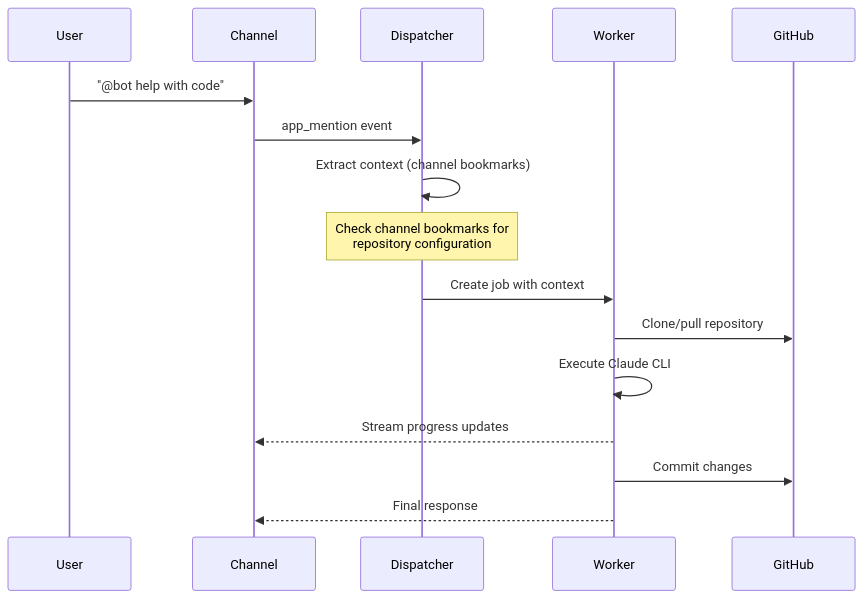
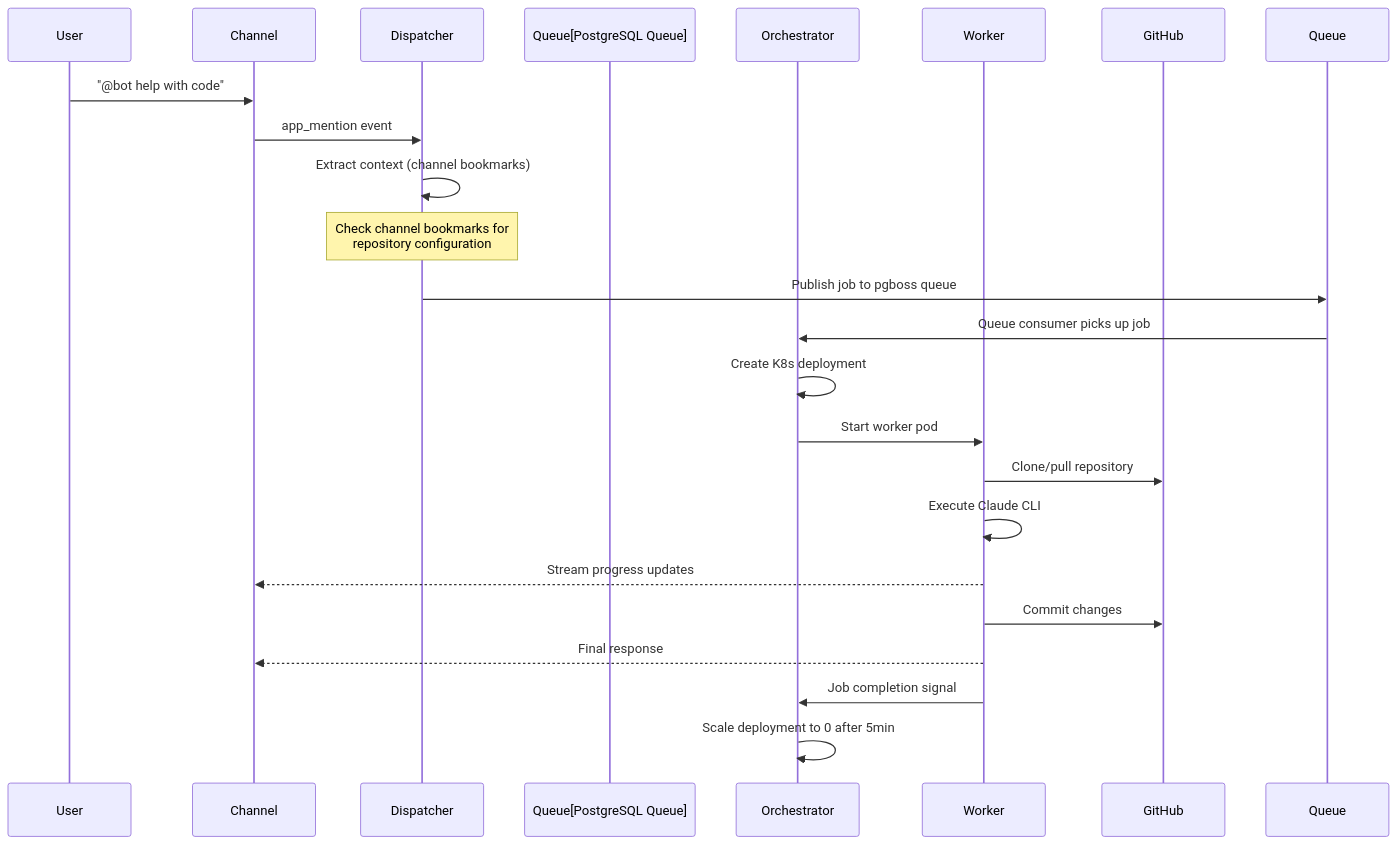
Before and after one commit to buremba/claude-code-slack: the second of 8 diagrams in ARCHITECTURE.md, drawn with Mermaid. The commit also changed other lines of this file and 28 other files, not shown here.

First line of the commit message:
feat: enhance architecture with PostgreSQL queue integration and orchestrator updates

````diff
--- a/ARCHITECTURE.md
+++ b/ARCHITECTURE.md
@@ -71,19 +91,26 @@
 ```mermaid
 sequenceDiagram
     participant User
     participant Channel
     participant Dispatcher
+    participant Queue[PostgreSQL Queue]
+    participant Orchestrator
     participant Worker
     participant GitHub
 
     User->>Channel: "@bot help with code"
     Channel->>Dispatcher: app_mention event
     Dispatcher->>Dispatcher: Extract context (channel bookmarks)
     Note over Dispatcher: Check channel bookmarks for<br/>repository configuration
-    Dispatcher->>Worker: Create job with context
+    Dispatcher->>Queue: Publish job to pgboss queue
+    Queue->>Orchestrator: Queue consumer picks up job
+    Orchestrator->>Orchestrator: Create K8s deployment
+    Orchestrator->>Worker: Start worker pod
     Worker->>GitHub: Clone/pull repository
     Worker->>Worker: Execute Claude CLI
     Worker-->>Channel: Stream progress updates
     Worker->>GitHub: Commit changes
     Worker-->>Channel: Final response
+    Worker->>Orchestrator: Job completion signal
+    Orchestrator->>Orchestrator: Scale deployment to 0 after 5min
 ```
````
